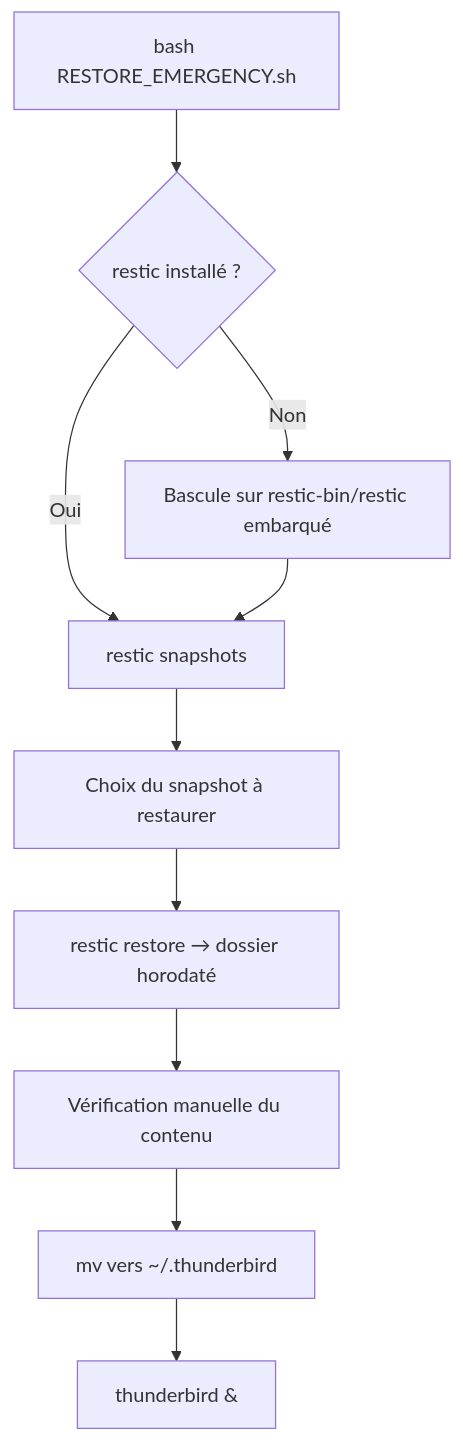
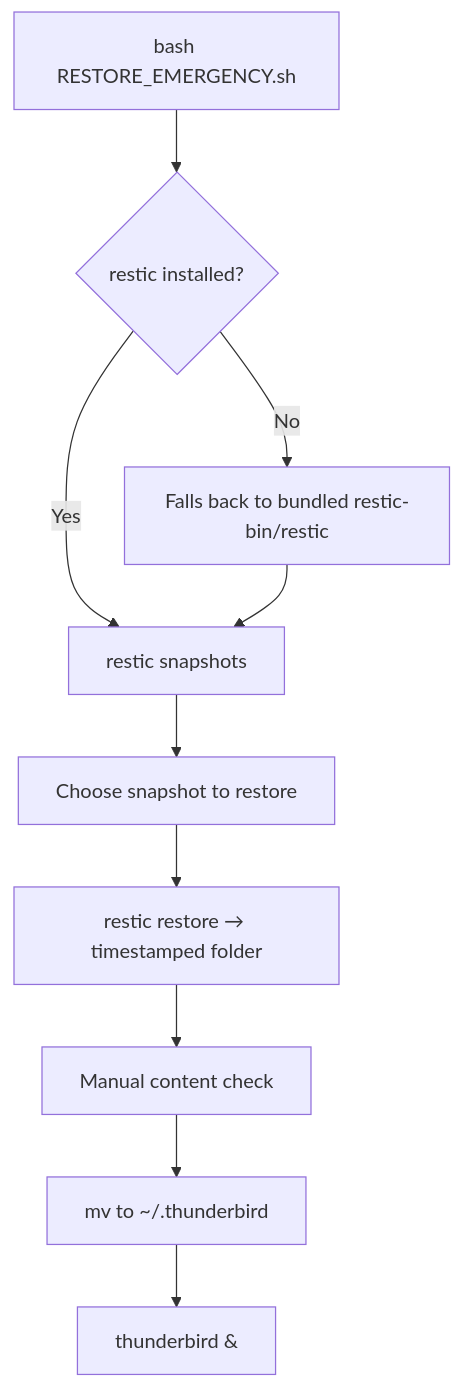
One commit to Kr4v3N/Thunderbird-Backup-Guardian changed the second of 2 diagrams in README.md. Above: the diagram before and after it, drawn with Mermaid. The commit also changed other lines of this file and 8 other files, not shown here.

````diff
--- a/README.md
+++ b/README.md
@@ -67,12 +71,12 @@
 ```mermaid
 flowchart TD
-    A["bash RESTORE_EMERGENCY.sh"] --> B{"restic installé ?"}
-    B -- Non --> C["Bascule sur restic-bin/restic embarqué"]
-    B -- Oui --> D["restic snapshots"]
+    A["bash RESTORE_EMERGENCY.sh"] --> B{"restic installed?"}
+    B -- No --> C["Falls back to bundled restic-bin/restic"]
+    B -- Yes --> D["restic snapshots"]
     C --> D
-    D --> E["Choix du snapshot à restaurer"]
-    E --> F["restic restore → dossier horodaté"]
-    F --> G["Vérification manuelle du contenu"]
-    G --> H["mv vers ~/.thunderbird"]
+    D --> E["Choose snapshot to restore"]
+    E --> F["restic restore → timestamped folder"]
+    F --> G["Manual content check"]
+    G --> H["mv to ~/.thunderbird"]
     H --> I["thunderbird &"]
 ```
````
